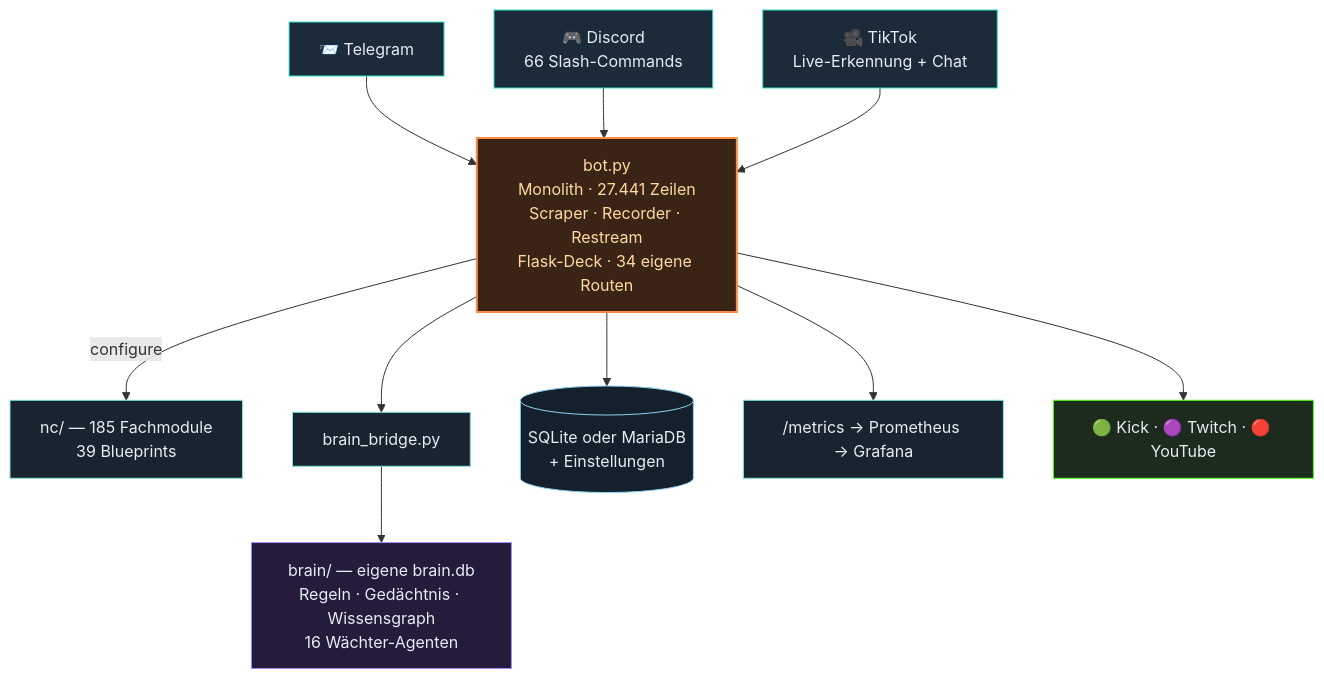
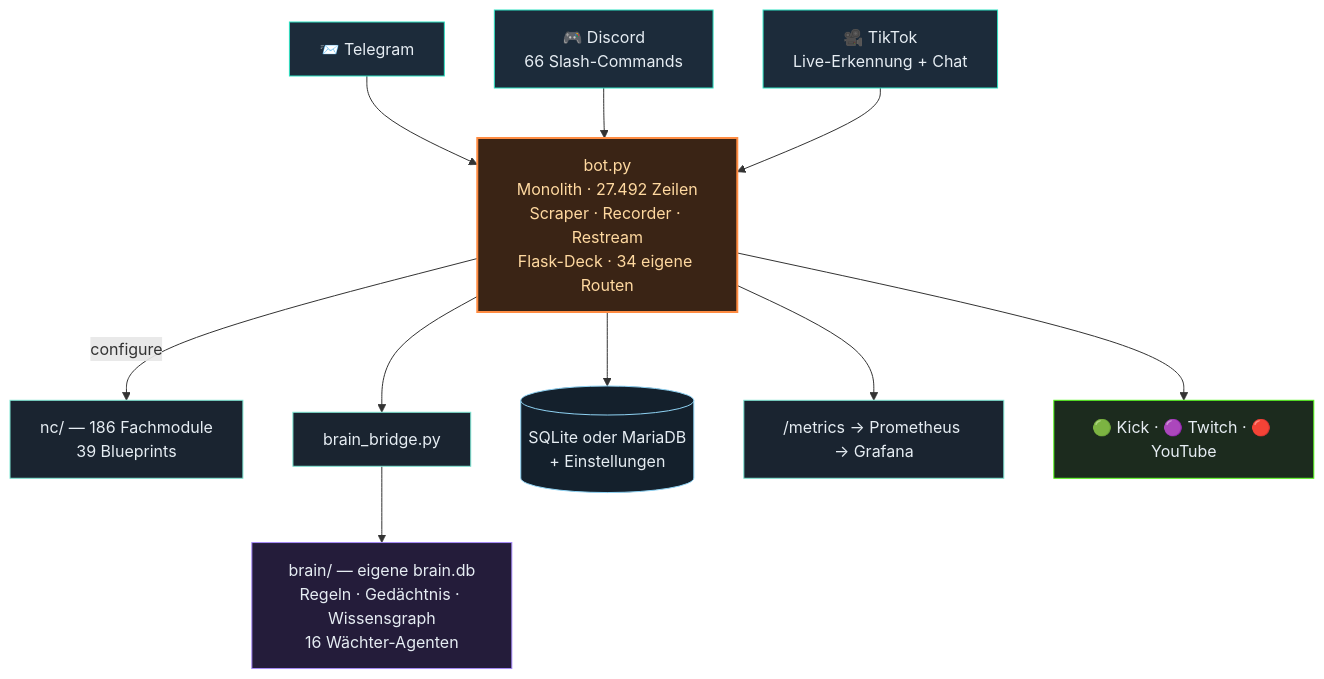
One commit to itsamemedev/Telegram-Stream-Info-Bot changed the second of 3 diagrams in README.md. Above: the diagram before and after it, drawn with Mermaid. The commit also changed other lines of this file and 12 other files, not shown here.

````diff
--- a/README.md
+++ b/README.md
@@ -118,19 +118,19 @@
 ```mermaid
 flowchart TB
     TG["📨 Telegram"]:::ein --> BOT
     DC["🎮 Discord<br/>66 Slash-Commands"]:::ein --> BOT
     TT["🎥 TikTok<br/>Live-Erkennung + Chat"]:::ein --> BOT
-    BOT["bot.py<br/>Monolith · 27.441 Zeilen<br/>Scraper · Recorder · Restream<br/>Flask-Deck · 34 eigene Routen"]:::core
-    BOT -->|configure| NC["nc/ — 185 Fachmodule<br/>39 Blueprints"]:::lib
+    BOT["bot.py<br/>Monolith · 27.492 Zeilen<br/>Scraper · Recorder · Restream<br/>Flask-Deck · 34 eigene Routen"]:::core
+    BOT -->|configure| NC["nc/ — 186 Fachmodule<br/>39 Blueprints"]:::lib
     BOT --> BR["brain_bridge.py"]:::lib
     BR --> BRAIN["brain/ — eigene brain.db<br/>Regeln · Gedächtnis · Wissensgraph<br/>16 Wächter-Agenten"]:::brain
     BOT --> DB[("SQLite oder MariaDB<br/>+ Einstellungen")]:::db
     BOT --> PROM["/metrics → Prometheus → Grafana"]:::lib
     BOT --> OUT["🟢 Kick · 🟣 Twitch · 🔴 YouTube"]:::out
     classDef ein fill:#1c2b3a,stroke:#2de1c2,color:#e6edf3
     classDef core fill:#3a2415,stroke:#ff8c42,stroke-width:2px,color:#ffd9a0
     classDef lib fill:#1a2430,stroke:#7fe7d4,color:#e6edf3
     classDef brain fill:#241c3a,stroke:#a78bfa,color:#e6edf3
     classDef db fill:#14202c,stroke:#8fd3f4,color:#e6edf3
     classDef out fill:#1c2b1e,stroke:#53fc18,color:#e6edf3
 ```
````
